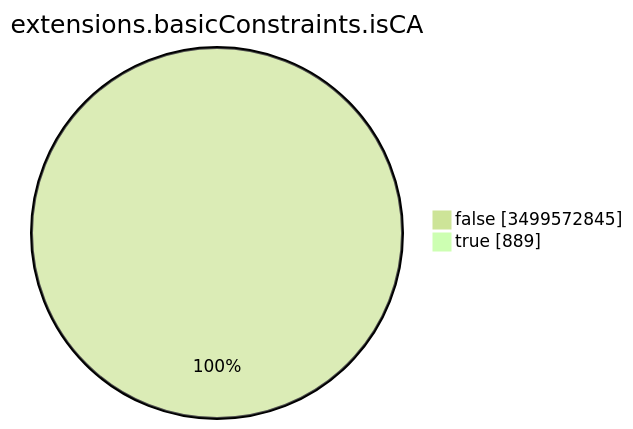
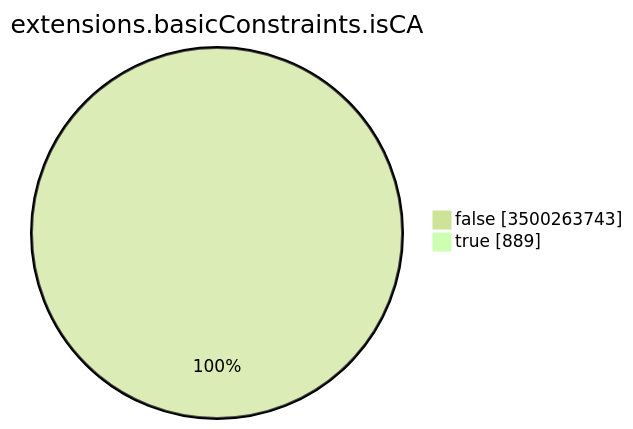
Before and after one commit to christiankrug/ctmonitor_visualization: the seventh of 15 diagrams in TOTAL/README.md, drawn with Mermaid (forest theme). The commit also changed other lines of this file, not shown here.

````diff
--- a/TOTAL/README.md
+++ b/TOTAL/README.md
@@ -3094,6 +3094,6 @@
 ```mermaid
 pie showData
 title extensions.basicConstraints.isCA
-"false" :3499572845
+"false" :3500263743
 "true" :889
 ```
````
